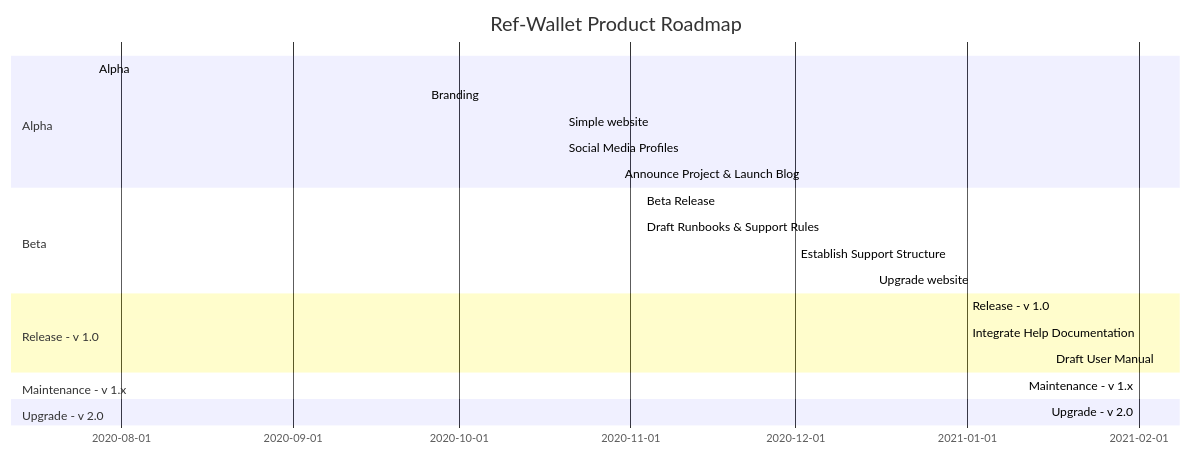
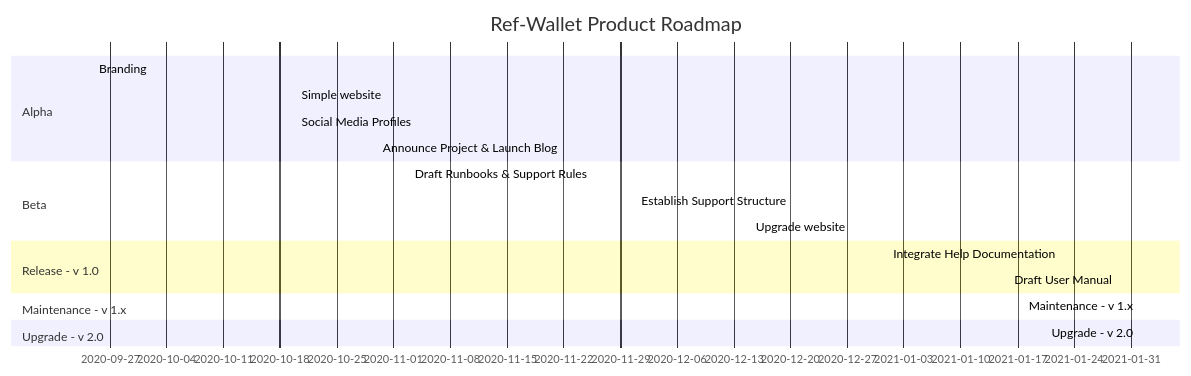
The diagram in docs/operative/product_plan.md (trilitech/umami-v1), drawn with Mermaid before and after one commit.

````diff
--- a/docs/operative/product_plan.md
+++ b/docs/operative/product_plan.md
@@ -51,23 +51,20 @@
 ```mermaid
 gantt
     title Ref-Wallet Product Roadmap
     section Alpha
-    Alpha                                             :active, 2020-07-27, 2020-10-30
     Branding                                          :active, 2020-09-25, 2020-10-20
     Simple website                                    :active, 2020-10-20, 2020-10-30
     Social Media Profiles                             :active, 2020-10-20, 2020-10-30
     Announce Project & Launch Blog                    :active, 2020-10-30, 2020-10-31
     section Beta
-    Beta Release                                      :active, 2020-11-03, 2020-12-31
     Draft Runbooks & Support Rules                    :active, 2020-11-03, 2020-11-30
     Establish Support Structure                       :active, 2020-12-01, 2020-12-31
     Upgrade website                                   :active, 2020-12-15, 2020-12-31
     section Release - v 1.0
-    Release - v 1.0                                   :active, 2021-01-01, 2021-02-01
     Integrate Help Documentation                      :active, 2021-01-01, 2021-01-15
     Draft User Manual                                 :active, 2021-01-16, 2021-02-01
     section Maintenance - v 1.x
     Maintenance - v 1.x                               :active, 2021-02-01, 2021-05-01
     section Upgrade - v 2.0
     Upgrade - v 2.0                                   :active, 2021-02-01, 2021-05-01
 ```
````
